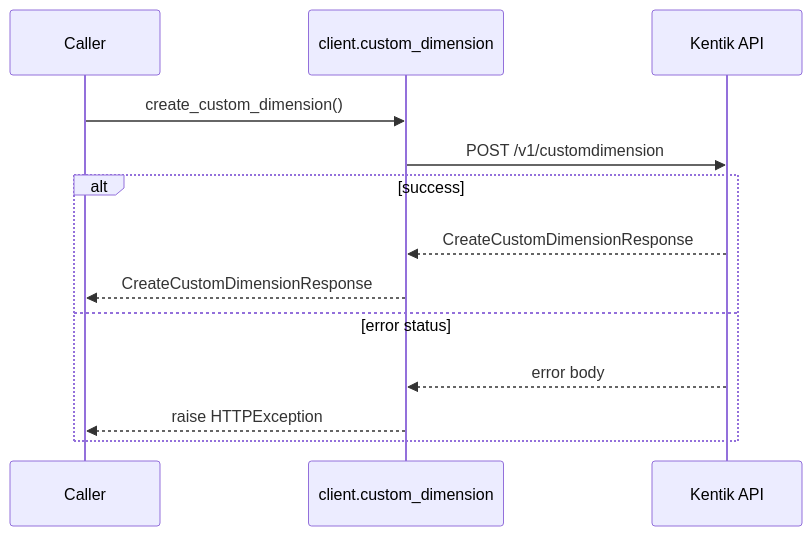
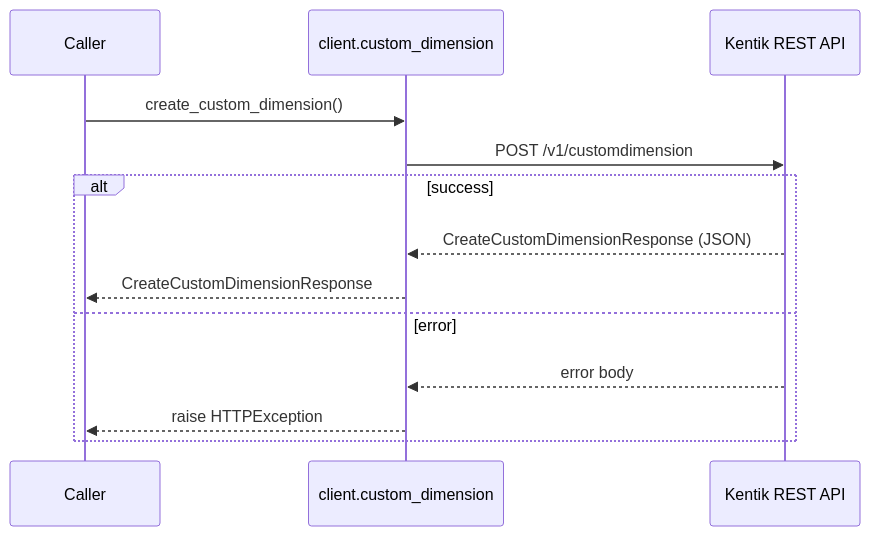
Diagram 20 of 22 in docs/sphinx/services/custom_dimension.md (alexdearaujo/community_sdk_python), drawn with Mermaid before and after one commit. The commit also changed other lines of this file and 61 other files, not shown here.

````diff
--- a/docs/sphinx/services/custom_dimension.md
+++ b/docs/sphinx/services/custom_dimension.md
@@ -491,16 +718,16 @@
 ```mermaid
 sequenceDiagram
     participant C as Caller
     participant W as client.custom_dimension
-    participant API as Kentik API
+    participant API as Kentik REST API
 
     C->>W: create_custom_dimension()
     W->>API: POST /v1/customdimension
     alt success
-        API-->>W: CreateCustomDimensionResponse
+        API-->>W: CreateCustomDimensionResponse (JSON)
         W-->>C: CreateCustomDimensionResponse
-    else error status
+    else error
         API-->>W: error body
         W-->>C: raise HTTPException
     end
 ```
````
